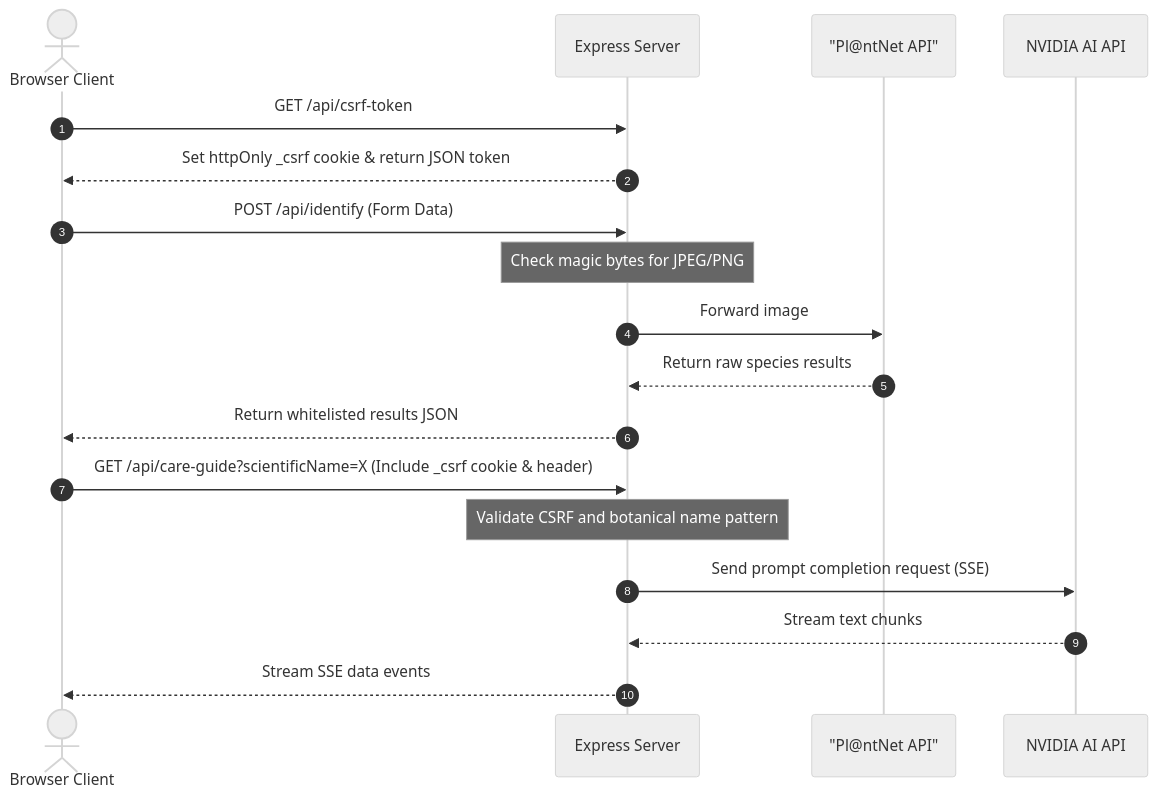
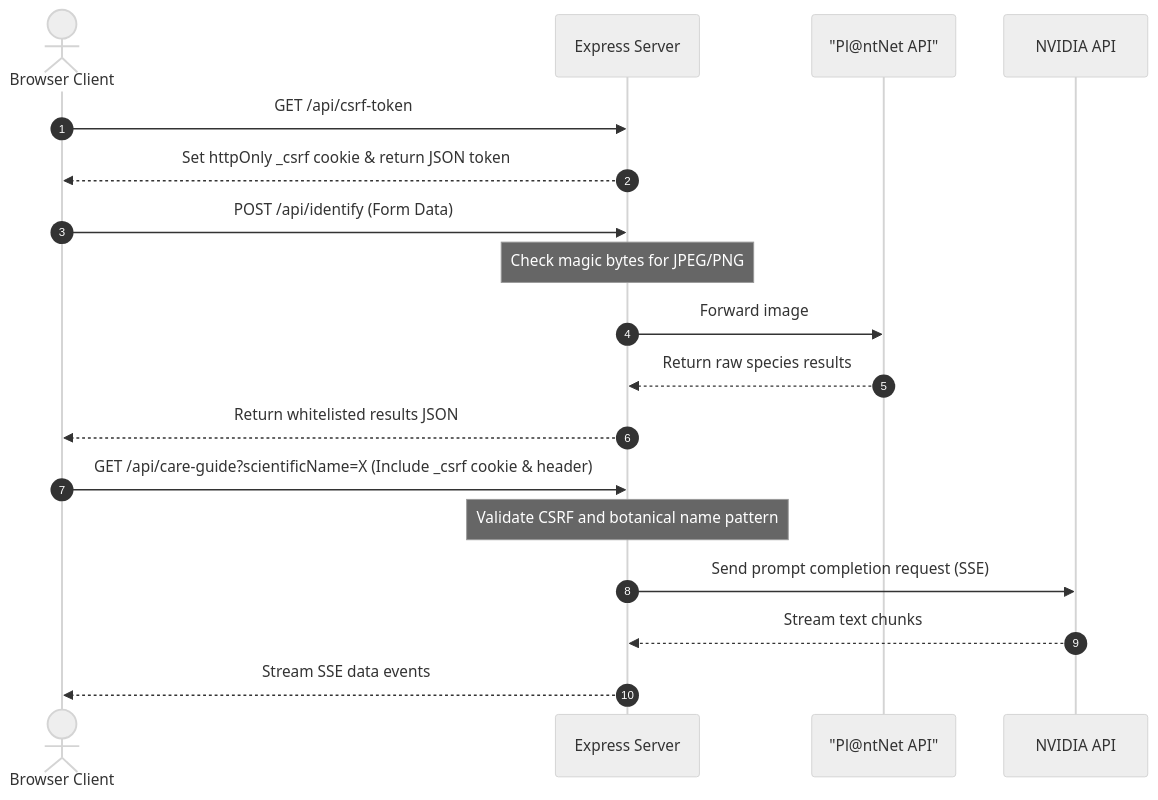
One commit to Konseptt/plant-id-care-guide changed the second of 2 diagrams in README.md. Above: the diagram before and after it, drawn with Mermaid (neutral theme). The commit also changed other lines of this file, not shown here.

````diff
--- a/README.md
+++ b/README.md
@@ -37,21 +37,21 @@
 ```mermaid
 sequenceDiagram
     autonumber
     actor Client as Browser Client
     participant Server as Express Server
     participant PlantNet as "Pl@ntNet API"
-    participant Nvidia as NVIDIA AI API
+    participant Nvidia as NVIDIA API
 
     Client->>Server: GET /api/csrf-token
     Server-->>Client: Set httpOnly _csrf cookie & return JSON token
     Client->>Server: POST /api/identify (Form Data)
     Note over Server: Check magic bytes for JPEG/PNG
     Server->>PlantNet: Forward image
     PlantNet-->>Server: Return raw species results
     Server-->>Client: Return whitelisted results JSON
     Client->>Server: GET /api/care-guide?scientificName=X (Include _csrf cookie & header)
     Note over Server: Validate CSRF and botanical name pattern
     Server->>Nvidia: Send prompt completion request (SSE)
     Nvidia-->>Server: Stream text chunks
     Server-->>Client: Stream SSE data events
 ```
````
